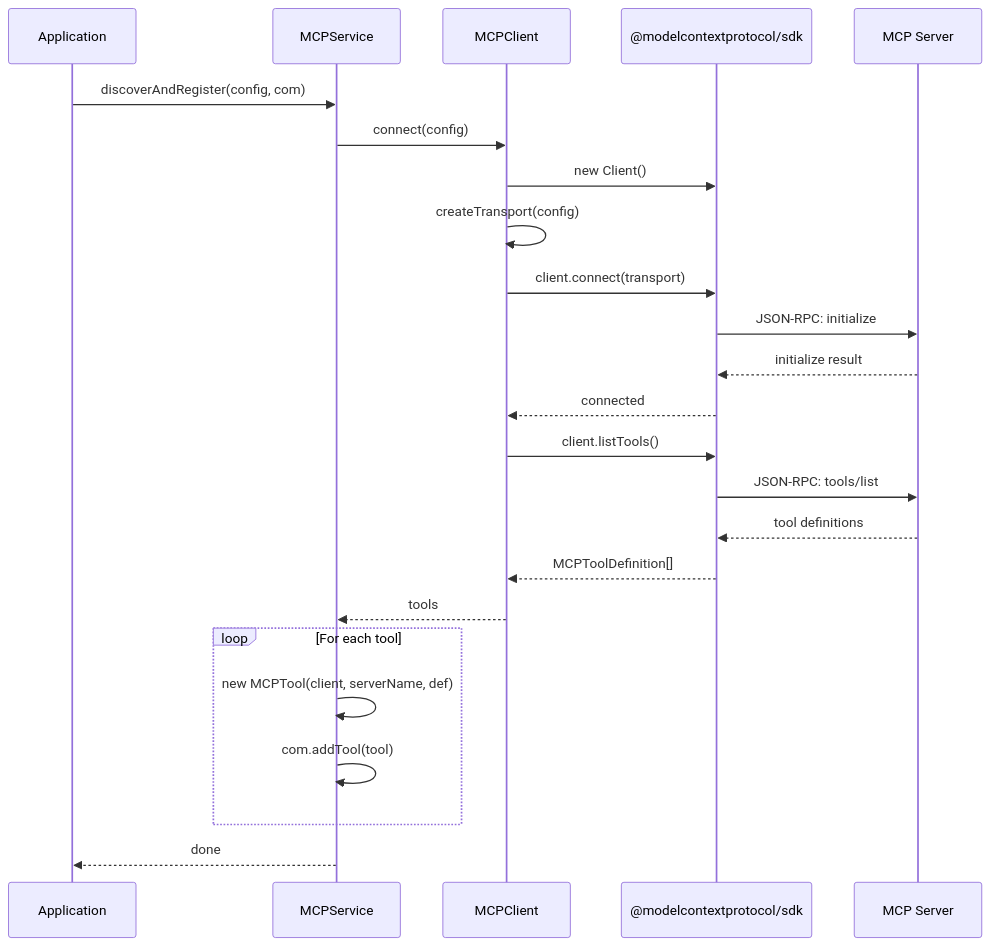
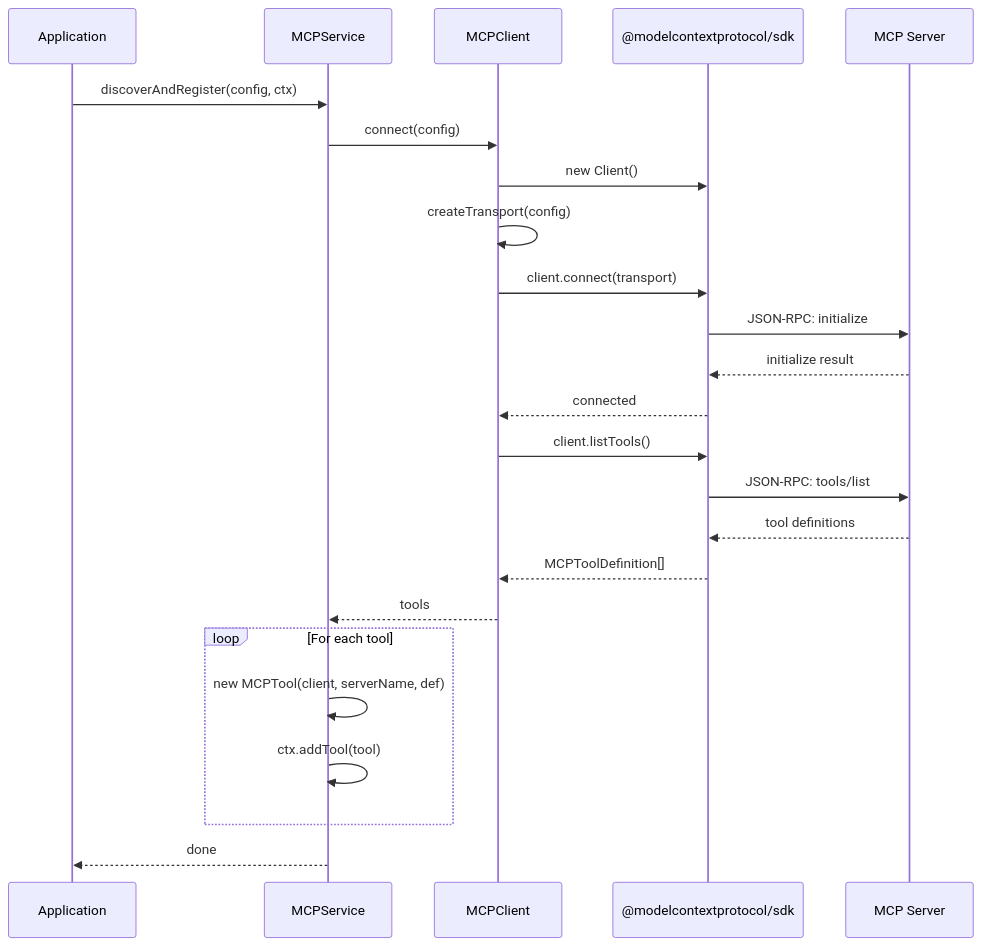
Before and after one commit to agenticklabs/agentick: the first of 2 diagrams in packages/core/src/mcp/ARCHITECTURE.md, drawn with Mermaid. The commit also changed other lines of this file and 109 other files, not shown here.

First line of the commit message:
refactor: resolve foundational "warts"   — Rename `com` parameter to `ctx` across ~50 files.   The COM type name stays; only the parameter/variable name changes.   Every lifecycle hook, tool handler, and internal function now uses `ctx`

````diff
--- a/packages/core/src/mcp/ARCHITECTURE.md
+++ b/packages/core/src/mcp/ARCHITECTURE.md
@@ -631,30 +631,30 @@
 ```mermaid
 sequenceDiagram
     participant App as Application
     participant Svc as MCPService
     participant Client as MCPClient
     participant SDK as @modelcontextprotocol/sdk
     participant Server as MCP Server
 
-    App->>Svc: discoverAndRegister(config, com)
+    App->>Svc: discoverAndRegister(config, ctx)
     Svc->>Client: connect(config)
     Client->>SDK: new Client()
     Client->>Client: createTransport(config)
     Client->>SDK: client.connect(transport)
     SDK->>Server: JSON-RPC: initialize
     Server-->>SDK: initialize result
     SDK-->>Client: connected
 
     Client->>SDK: client.listTools()
     SDK->>Server: JSON-RPC: tools/list
     Server-->>SDK: tool definitions
     SDK-->>Client: MCPToolDefinition[]
     Client-->>Svc: tools
 
     loop For each tool
         Svc->>Svc: new MCPTool(client, serverName, def)
-        Svc->>Svc: com.addTool(tool)
+        Svc->>Svc: ctx.addTool(tool)
     end
 
     Svc-->>App: done
 ```
````
